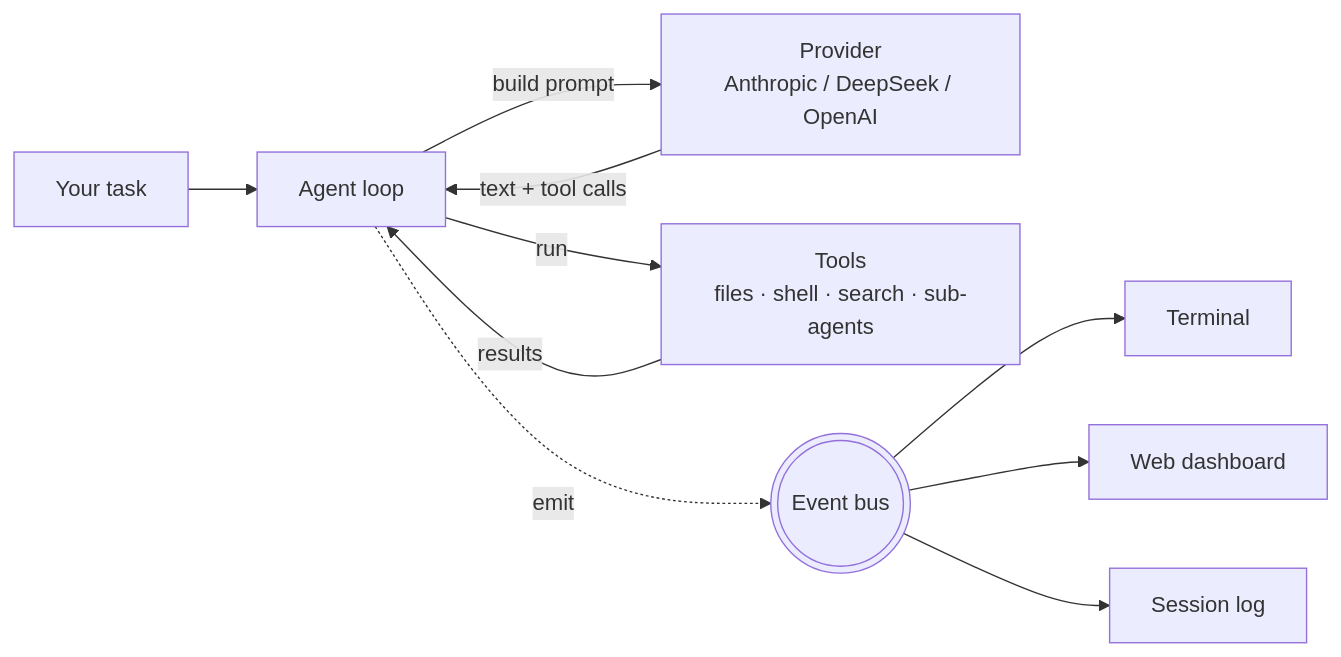
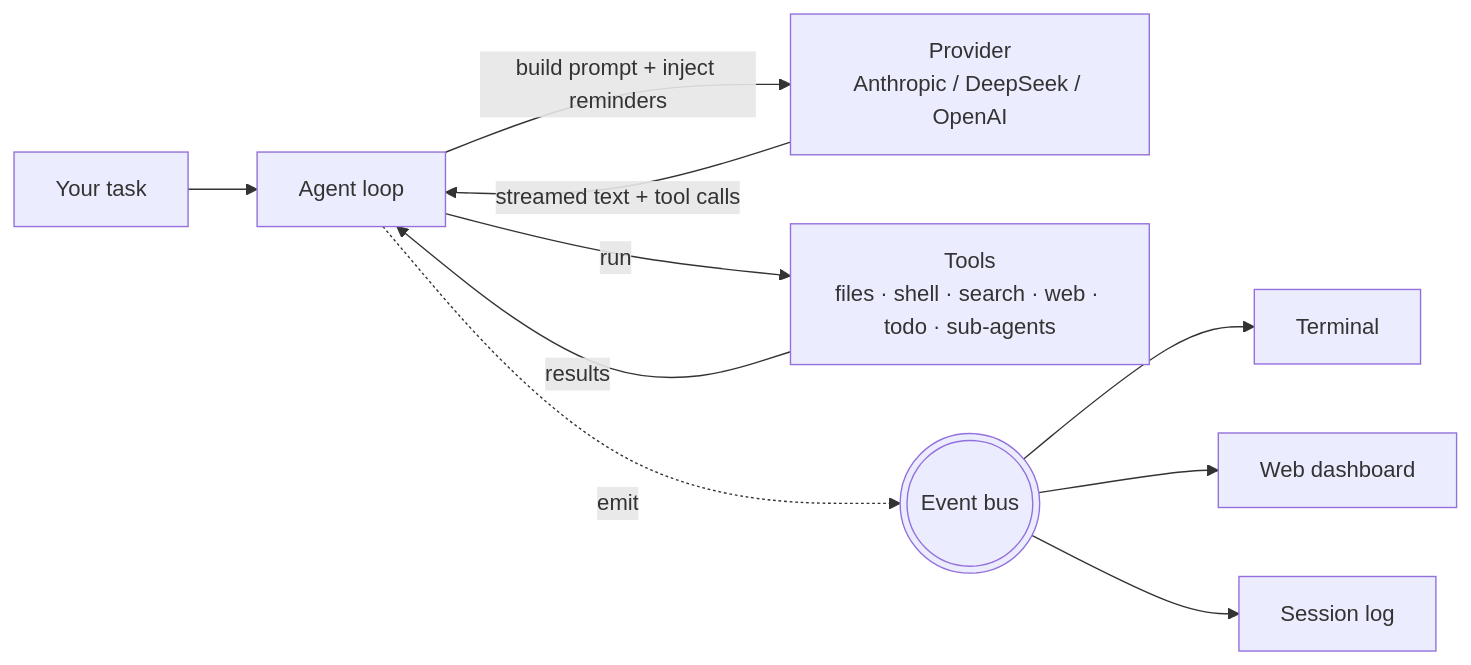
One commit to laniakeaoverflow/glassbox changed the diagram in README.md. Above: the diagram before and after it, drawn with Mermaid. The commit also changed other lines of this file and 25 other files, not shown here.

````diff
--- a/README.md
+++ b/README.md
@@ -109,12 +109,12 @@
 ```mermaid
 flowchart LR
     U[Your task] --> L[Agent loop]
-    L -->|build prompt| P[Provider<br/>Anthropic / DeepSeek / OpenAI]
-    P -->|text + tool calls| L
-    L -->|run| T[Tools<br/>files · shell · search · sub-agents]
+    L -->|build prompt + inject reminders| P[Provider<br/>Anthropic / DeepSeek / OpenAI]
+    P -->|streamed text + tool calls| L
+    L -->|run| T[Tools<br/>files · shell · search · web · todo · sub-agents]
     T -->|results| L
     L -.emit.-> B(((Event bus)))
     B --> TERM[Terminal]
     B --> DASH[Web dashboard]
     B --> LOG[Session log]
 ```
````
